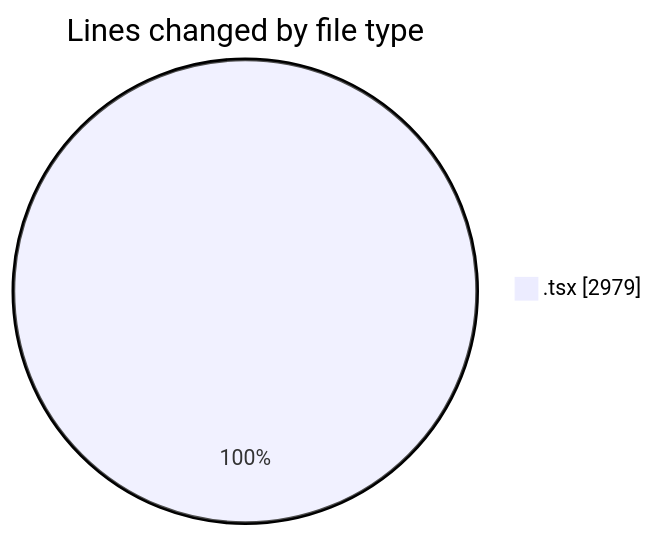
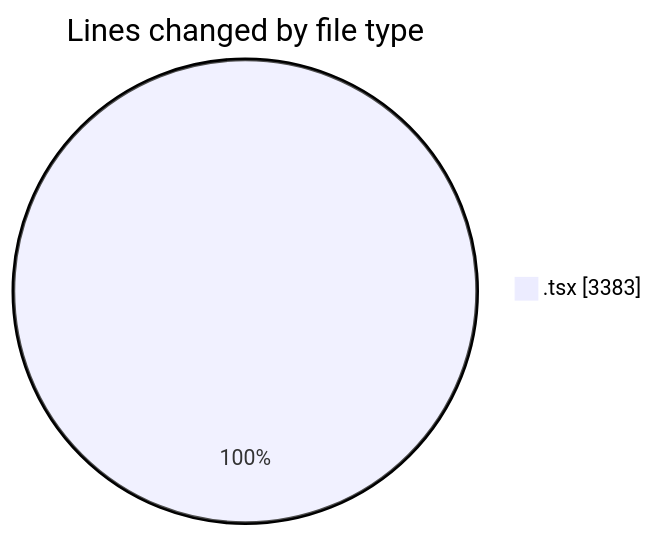
Before and after one commit to nxtqubesakshisongat/code-tracking: the first of 2 diagrams in 2026-04-09/airfeed-analytics-dashboard/README.md, drawn with Mermaid. The commit also changed other lines of this file and 1 other file, not shown here.

````diff
--- a/2026-04-09/airfeed-analytics-dashboard/README.md
+++ b/2026-04-09/airfeed-analytics-dashboard/README.md
@@ -27,5 +27,5 @@
 ```mermaid
 pie showData
 title Lines changed by file type
-".tsx" : 2979
+".tsx" : 3383
 ```
````
